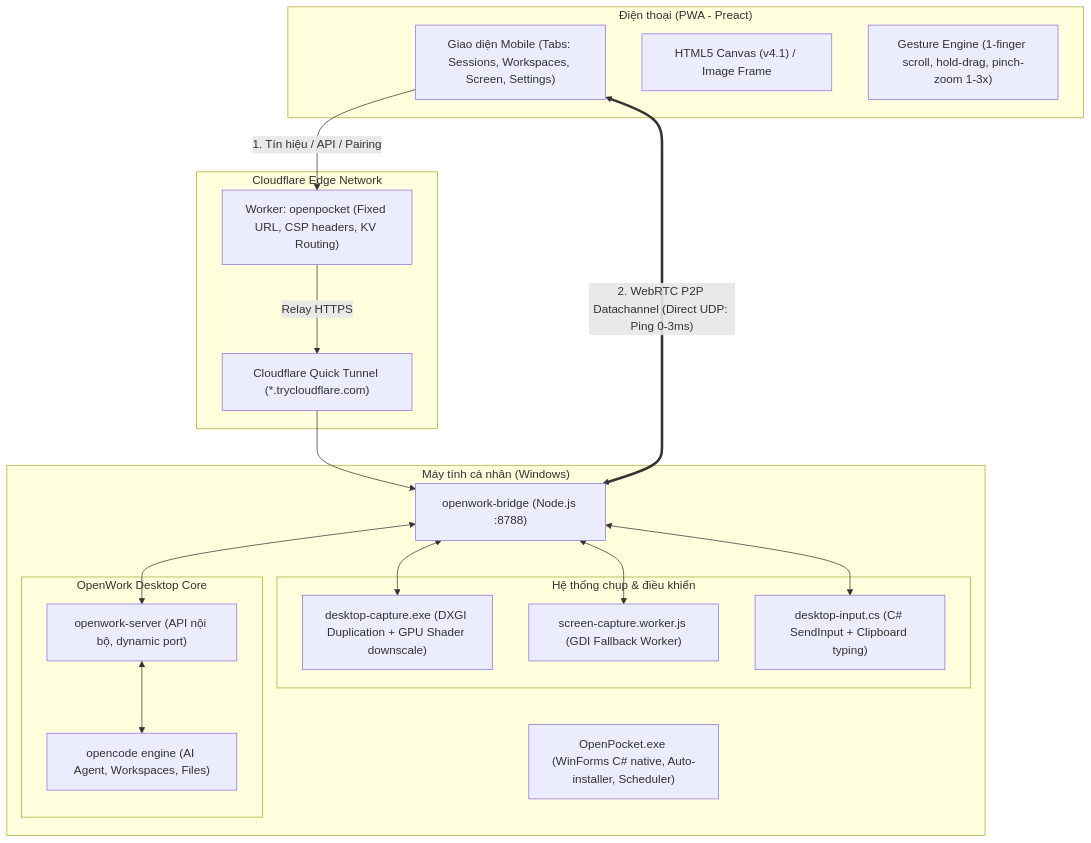
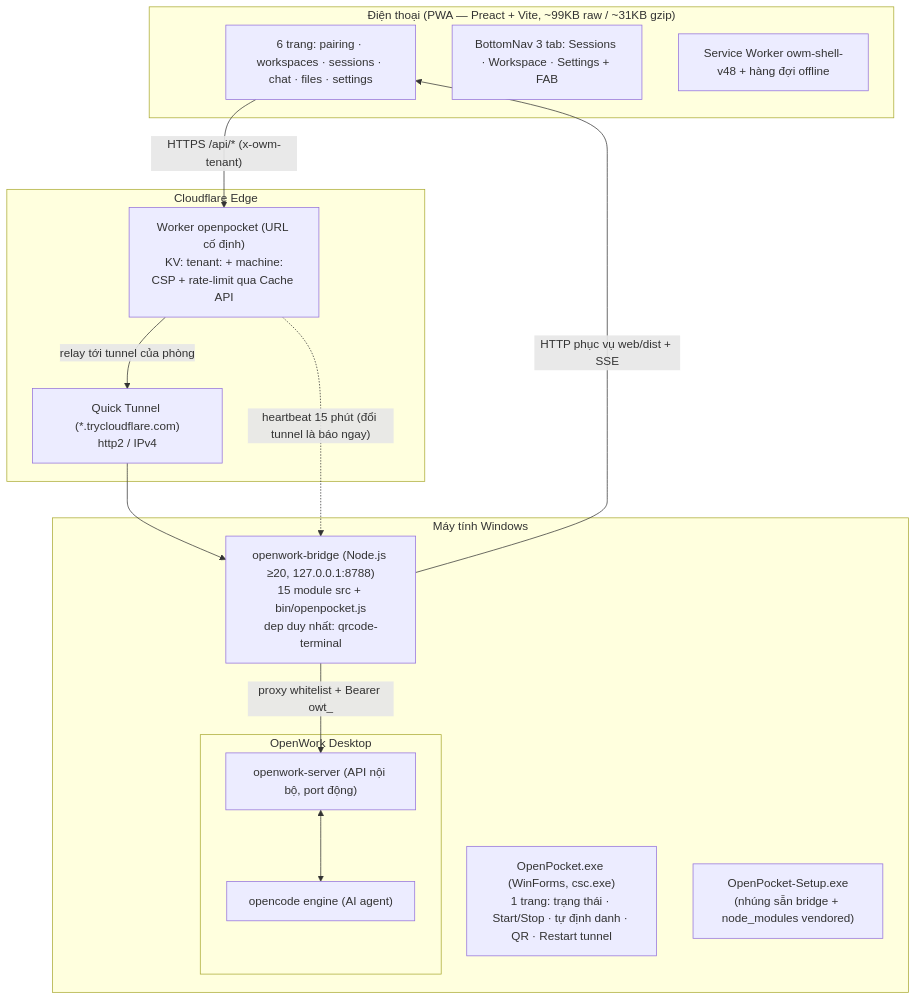
One commit to ngochuyN-hash/openwork-mobile changed the diagram in THAM_DINH_DU_AN.md. Above: the diagram before and after it, drawn with Mermaid. The commit also changed other lines of this file and 4 other files, not shown here.

````diff
--- a/THAM_DINH_DU_AN.md
+++ b/THAM_DINH_DU_AN.md
@@ -25,41 +35,31 @@
 ```mermaid
 flowchart TD
-    subgraph MobileDevice ["Điện thoại (PWA - Preact)"]
-        UI["Giao diện Mobile (Tabs: Sessions, Workspaces, Screen, Settings)"]
-        Canvas["HTML5 Canvas (v4.1) / Image Frame"]
-        Gestures["Gesture Engine (1-finger scroll, hold-drag, pinch-zoom 1-3x)"]
+    subgraph MobileDevice ["Điện thoại (PWA — Preact + Vite, ~99KB raw / ~31KB gzip)"]
+        UI["6 trang: pairing · workspaces · sessions · chat · files · settings"]
+        NAV["BottomNav 3 tab: Sessions · Workspace · Settings + FAB"]
+        SW["Service Worker owm-shell-v48 + hàng đợi offline"]
     end
 
-    subgraph CloudflareEdge ["Cloudflare Edge Network"]
-        Worker["Worker: openpocket (Fixed URL, CSP headers, KV Routing)"]
-        Tunnel["Cloudflare Quick Tunnel (*.trycloudflare.com)"]
+    subgraph CloudflareEdge ["Cloudflare Edge"]
+        Worker["Worker openpocket (URL cố định)\nKV: tenant:<id> + machine:<id>\nCSP + rate-limit qua Cache API"]
+        Tunnel["Quick Tunnel (*.trycloudflare.com)\nhttp2 / IPv4"]
     end
 
-    subgraph HostPC ["Máy tính cá nhân (Windows)"]
-        Helper["OpenPocket.exe (WinForms C# native, Auto-installer, Scheduler)"]
-        Bridge["openwork-bridge (Node.js :8788)"]
-        
-        subgraph CaptureSubsystem ["Hệ thống chụp & điều khiển"]
-            DXGI["desktop-capture.exe (DXGI Duplication + GPU Shader downscale)"]
-            GDI["screen-capture.worker.js (GDI Fallback Worker)"]
-            InputDaemon["desktop-input.cs (C# SendInput + Clipboard typing)"]
-        end
-        
-        subgraph OpenWorkCore ["OpenWork Desktop Core"]
-            OWServer["openwork-server (API nội bộ, dynamic port)"]
-            OpenCode["opencode engine (AI Agent, Workspaces, Files)"]
+    subgraph HostPC ["Máy tính Windows"]
+        GUI["OpenPocket.exe (WinForms, csc.exe)\n1 trang: trạng thái · Start/Stop · tự định danh · QR · Restart tunnel"]
+        Installer["OpenPocket-Setup.exe\n(nhúng sẵn bridge + node_modules vendored)"]
+        Bridge["openwork-bridge (Node.js ≥20, 127.0.0.1:8788)\n15 module src + bin/openpocket.js\ndep duy nhất: qrcode-terminal"]
+        subgraph OpenWorkCore ["OpenWork Desktop"]
+            OWServer["openwork-server (API nội bộ, port động)"]
+            OpenCode["opencode engine (AI agent)"]
         end
     end
 
-    UI -- "1. Tín hiệu / API / Pairing" --> Worker
-    Worker -- "Relay HTTPS" --> Tunnel
+    UI -- "HTTPS /api/* (x-owm-tenant)" --> Worker
+    Worker -- "relay tới tunnel của phòng" --> Tunnel
     Tunnel --> Bridge
-    
-    UI <== "2. WebRTC P2P Datachannel (Direct UDP: Ping 0-3ms)" ==> Bridge
-    
-    Bridge <--> DXGI
-    Bridge <--> GDI
-    Bridge <--> InputDaemon
-    Bridge <--> OWServer
+    Worker -. "heartbeat 15 phút (đổi tunnel là báo ngay)" .-> Bridge
+    Bridge -- "proxy whitelist + Bearer owt_" --> OWServer
     OWServer <--> OpenCode
+    Bridge -- "HTTP phục vụ web/dist + SSE" --> UI
 ```
````
